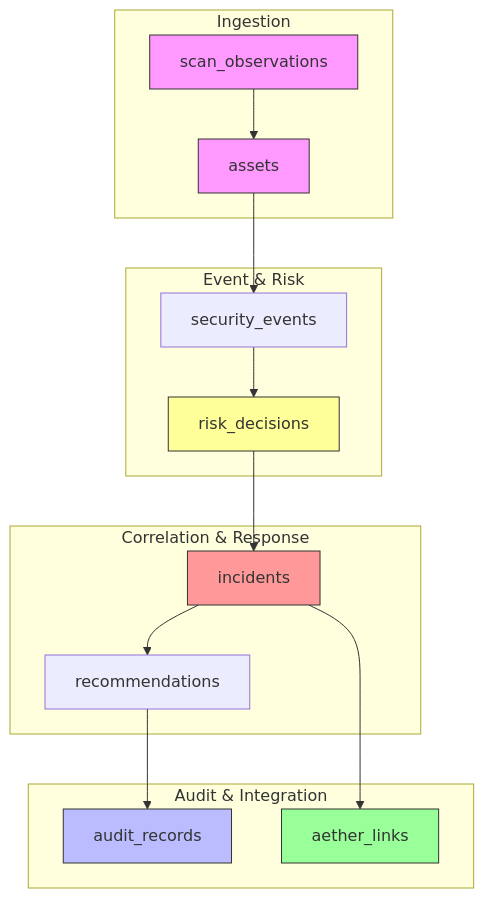
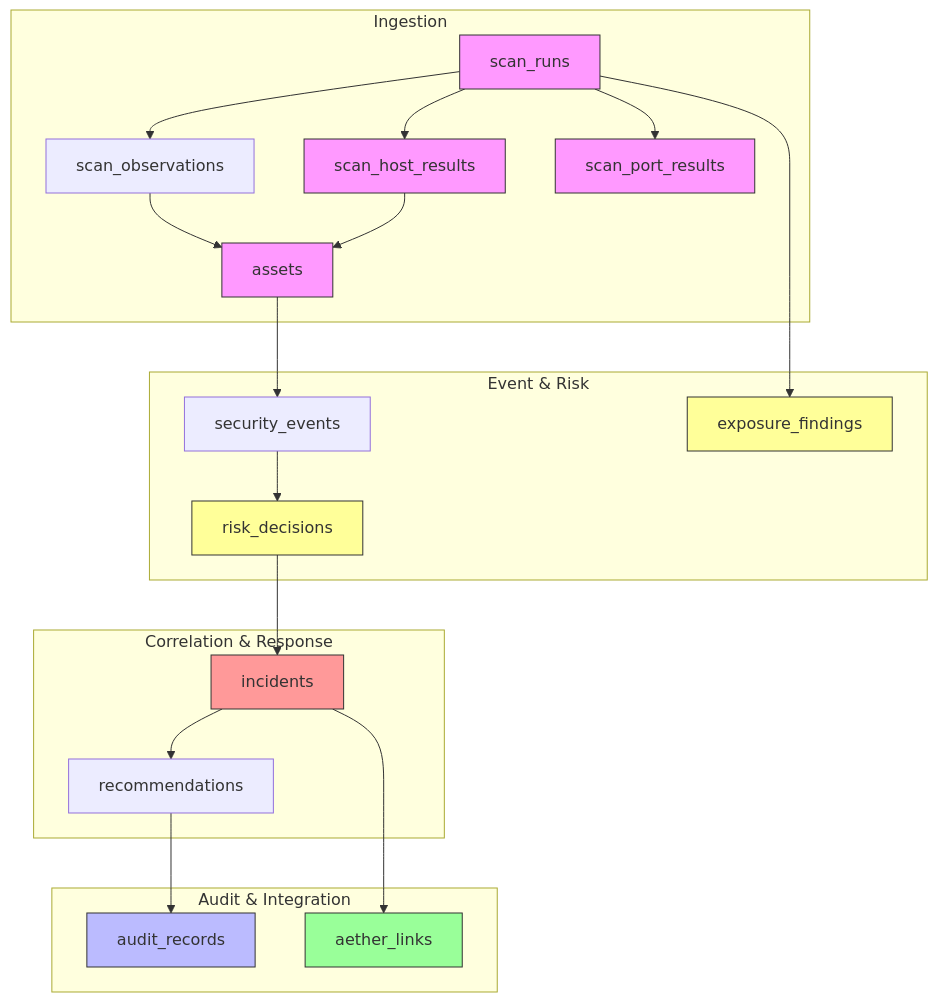
Before and after one commit to AngelP17/Security-Operations-Center-SOC-: the third of 3 diagrams in ARCHITECTURE.md, drawn with Mermaid. The commit also changed other lines of this file and 4 other files, not shown here.

Commit message:
docs: update README, ARCHITECTURE, DOCKER_DEPLOYMENT, and ui-overhaul with scan control center, evidence routes, lint/build info

````diff
--- a/ARCHITECTURE.md
+++ b/ARCHITECTURE.md
@@ -81,28 +96,36 @@
 ```mermaid
 graph TD
     subgraph "Ingestion"
-        Scan[scan_observations] --> Asset[assets]
+        ScanRun[scan_runs] --> ScanObs[scan_observations]
+        ScanRun --> ScanHost[scan_host_results]
+        ScanRun --> ScanPort[scan_port_results]
+        ScanObs --> Asset[assets]
+        ScanHost --> Asset
     end
 
     subgraph "Event & Risk"
         Asset --> Event[security_events]
         Event --> Risk[risk_decisions]
+        ScanRun --> Exposure[exposure_findings]
     end
 
     subgraph "Correlation & Response"
         Risk --> Incident[incidents]
         Incident --> Rec[recommendations]
     end
 
     subgraph "Audit & Integration"
         Rec --> Audit[audit_records]
         Incident --> Aether[aether_links]
     end
 
-    style Scan fill:#f9f,stroke:#333
+    style ScanRun fill:#f9f,stroke:#333
+    style ScanHost fill:#f9f,stroke:#333
+    style ScanPort fill:#f9f,stroke:#333
     style Asset fill:#f9f,stroke:#333
     style Risk fill:#ff9,stroke:#333
+    style Exposure fill:#ff9,stroke:#333
     style Incident fill:#f99,stroke:#333
     style Aether fill:#9f9,stroke:#333
     style Audit fill:#bbf,stroke:#333
 ```
````
